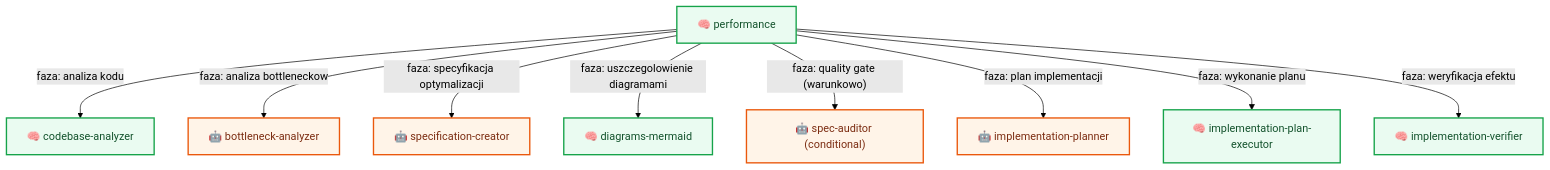
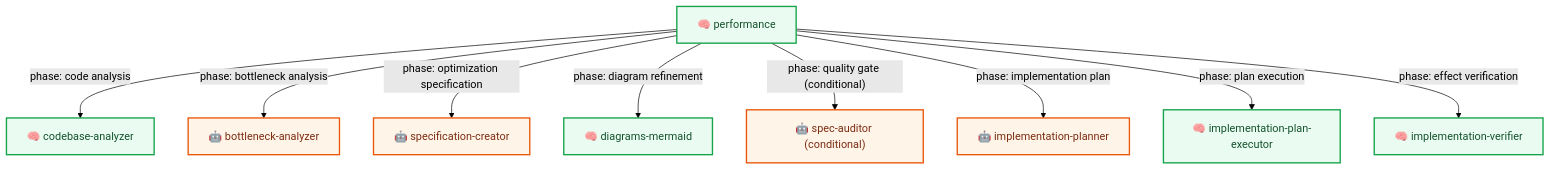
The fourth of 11 diagrams in docs/flow/workflows.md (plucins/flowbit), drawn with Mermaid (forest theme) before and after one commit. The commit also changed other lines of this file and 11 other files, not shown here.

````diff
--- a/docs/flow/workflows.md
+++ b/docs/flow/workflows.md
@@ -114,16 +114,16 @@
 ```mermaid
 graph TD
-  PERF2["🧠 performance"] -- "faza: analiza kodu" --> CODEBASE_P["🧠 codebase-analyzer"]
-  PERF2 -- "faza: analiza bottleneckow" --> BOT_P["🤖 bottleneck-analyzer"]
-  PERF2 -- "faza: specyfikacja optymalizacji" --> SPEC_P["🤖 specification-creator"]
-  PERF2 -- "faza: uszczegolowienie diagramami" --> DIAG_P["🧠 diagrams-mermaid"]
-  PERF2 -- "faza: quality gate (warunkowo)" --> AUD_P["🤖 spec-auditor (conditional)"]
-  PERF2 -- "faza: plan implementacji" --> PLAN_P["🤖 implementation-planner"]
-  PERF2 -- "faza: wykonanie planu" --> EXEC_P["🧠 implementation-plan-executor"]
-  PERF2 -- "faza: weryfikacja efektu" --> VER_P["🧠 implementation-verifier"]
+  PERF2["🧠 performance"] -- "phase: code analysis" --> CODEBASE_P["🧠 codebase-analyzer"]
+  PERF2 -- "phase: bottleneck analysis" --> BOT_P["🤖 bottleneck-analyzer"]
+  PERF2 -- "phase: optimization specification" --> SPEC_P["🤖 specification-creator"]
+  PERF2 -- "phase: diagram refinement" --> DIAG_P["🧠 diagrams-mermaid"]
+  PERF2 -- "phase: quality gate (conditional)" --> AUD_P["🤖 spec-auditor (conditional)"]
+  PERF2 -- "phase: implementation plan" --> PLAN_P["🤖 implementation-planner"]
+  PERF2 -- "phase: plan execution" --> EXEC_P["🧠 implementation-plan-executor"]
+  PERF2 -- "phase: effect verification" --> VER_P["🧠 implementation-verifier"]
 
   classDef skill fill:#EAFBF1,stroke:#16A34A,stroke-width:2px,color:#14532D;
   classDef agent fill:#FFF4E8,stroke:#EA580C,stroke-width:2px,color:#7C2D12;
   class PERF2,CODEBASE_P,EXEC_P,VER_P,DIAG_P skill;
   class BOT_P,SPEC_P,AUD_P,PLAN_P agent;
 ```
````
